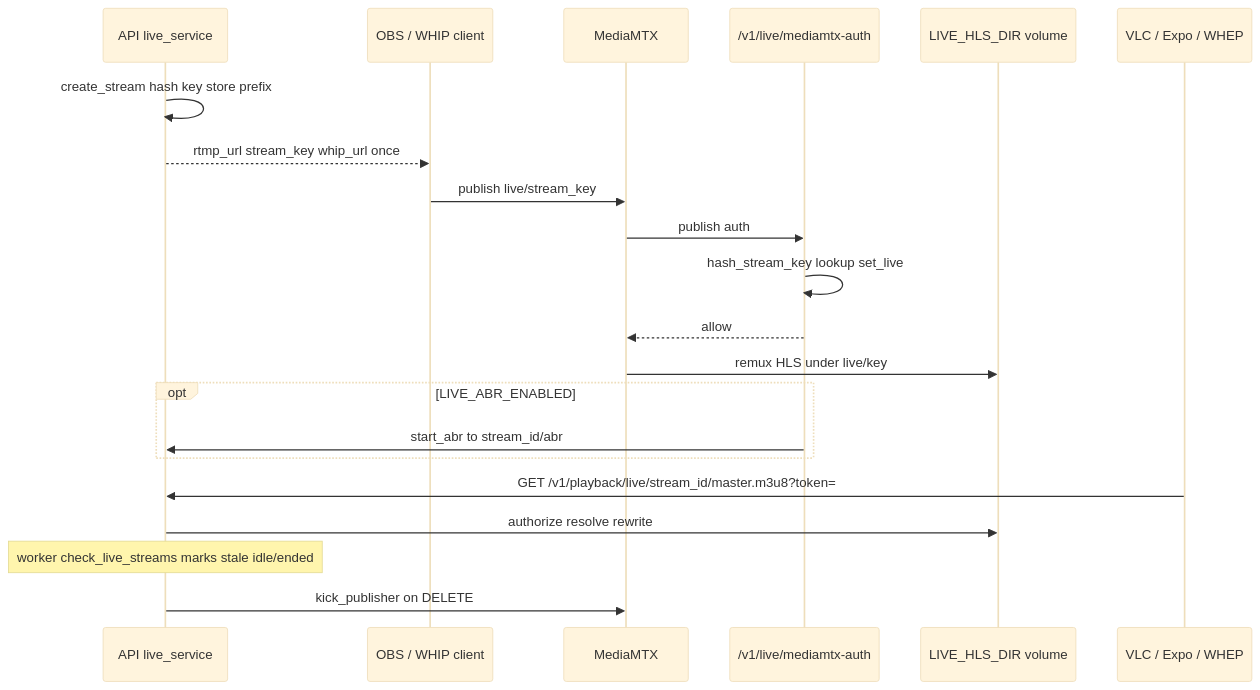
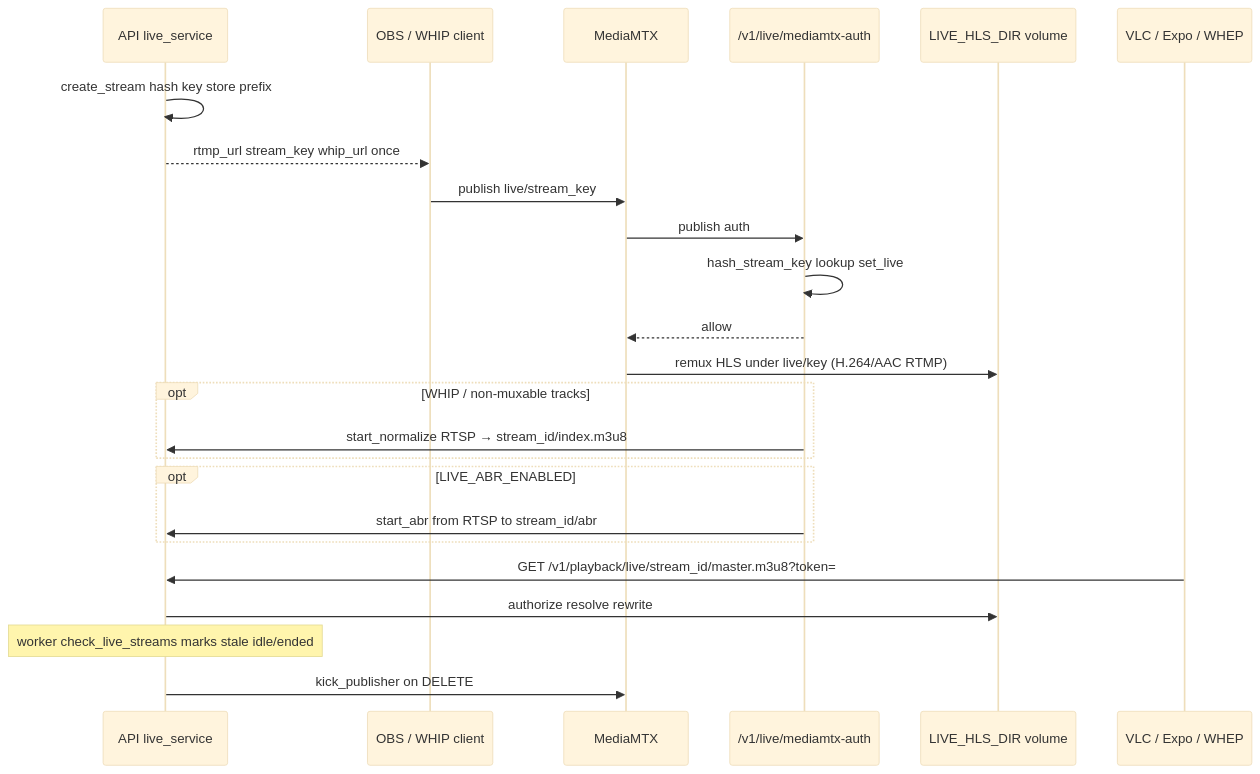
The diagram in docs/PLAYBACK_CLIENTS.md (berki6/onStream), drawn with Mermaid (base theme) before and after one commit. The commit also changed other lines of this file and 98 other files, not shown here.

First line of the commit message:
feat: watch-and-collect, live WHIP HLS, and lab UX (#2)

````diff
--- a/docs/PLAYBACK_CLIENTS.md
+++ b/docs/PLAYBACK_CLIENTS.md
@@ -15,24 +15,27 @@
 ```mermaid
 sequenceDiagram
   participant App as API live_service
   participant OBS as OBS / WHIP client
   participant MTX as MediaMTX
   participant Auth as /v1/live/mediamtx-auth
   participant Disk as LIVE_HLS_DIR volume
   participant Player as VLC / Expo / WHEP
 
   App->>App: create_stream hash key store prefix
   App-->>OBS: rtmp_url stream_key whip_url once
   OBS->>MTX: publish live/stream_key
   MTX->>Auth: publish auth
   Auth->>Auth: hash_stream_key lookup set_live
   Auth-->>MTX: allow
-  MTX->>Disk: remux HLS under live/key
+  MTX->>Disk: remux HLS under live/key (H.264/AAC RTMP)
+  opt WHIP / non-muxable tracks
+    Auth->>App: start_normalize RTSP → stream_id/index.m3u8
+  end
   opt LIVE_ABR_ENABLED
-    Auth->>App: start_abr to stream_id/abr
+    Auth->>App: start_abr from RTSP to stream_id/abr
   end
   Player->>App: GET /v1/playback/live/stream_id/master.m3u8?token=
   App->>Disk: authorize resolve rewrite
   Note over App: worker check_live_streams marks stale idle/ended
   App->>MTX: kick_publisher on DELETE
 ```
````
